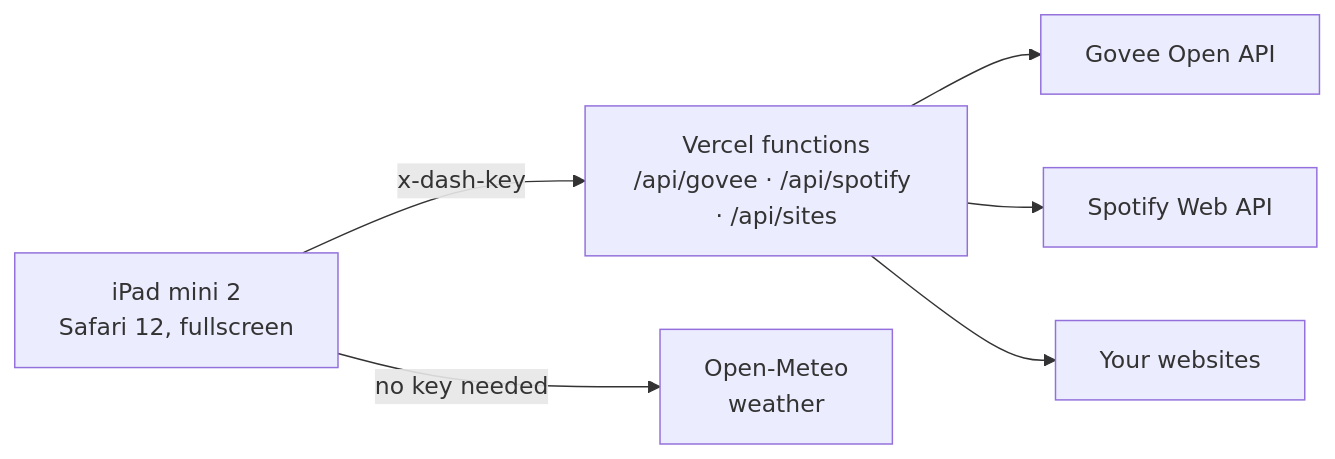
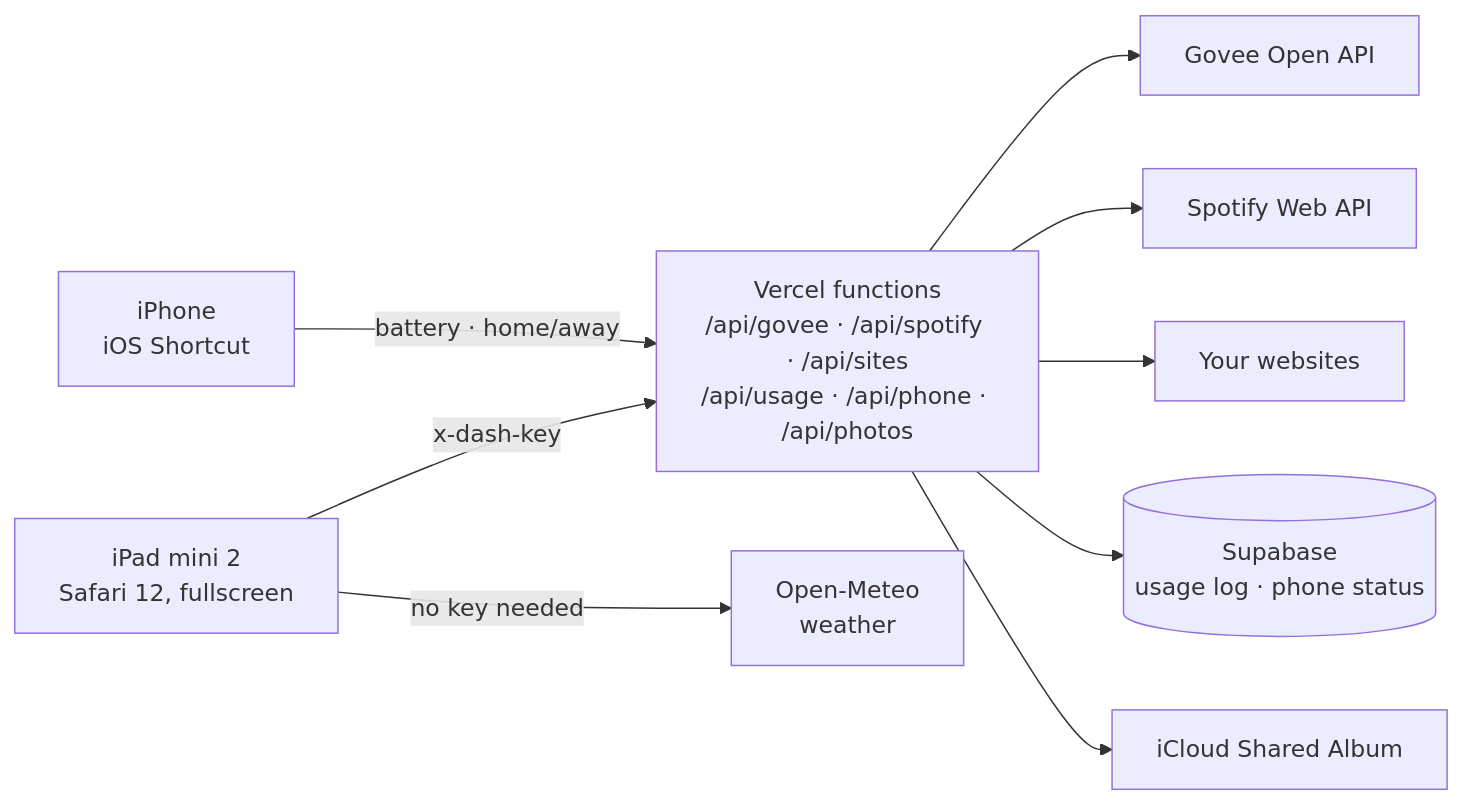
The diagram in README.md (KaloyanG17/ipad-dashboard), drawn with Mermaid before and after one commit. The commit also changed other lines of this file and 10 other files, not shown here.

Commit message:
Usage stats (Supabase), music-synced lights, focus timer, phone status, photo frame

````diff
--- a/README.md
+++ b/README.md
@@ -33,8 +38,11 @@
 ```mermaid
 flowchart LR
-  iPad["iPad mini 2<br/>Safari 12, fullscreen"] -- "x-dash-key" --> V["Vercel functions<br/>/api/govee · /api/spotify · /api/sites"]
+  iPad["iPad mini 2<br/>Safari 12, fullscreen"] -- "x-dash-key" --> V["Vercel functions<br/>/api/govee · /api/spotify · /api/sites<br/>/api/usage · /api/phone · /api/photos"]
   iPad -- "no key needed" --> OM["Open-Meteo<br/>weather"]
   V --> G["Govee Open API"]
   V --> S["Spotify Web API"]
   V --> W["Your websites"]
+  V --> DB[("Supabase<br/>usage log · phone status")]
+  V --> IC["iCloud Shared Album"]
+  Phone["iPhone<br/>iOS Shortcut"] -- "battery · home/away" --> V
 ```
````
